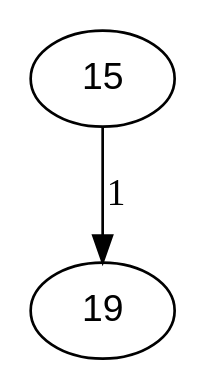
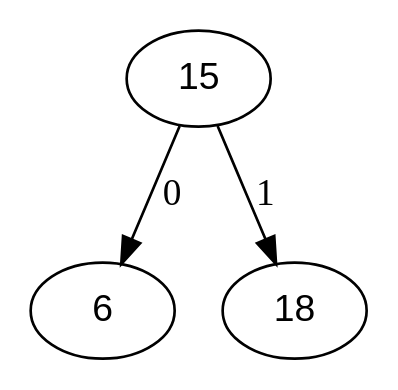
One commit to SergioMenaQuispe/visualizador changed the diagram in tree/tree.dot. Above: the diagram before and after it, drawn with Graphviz. The commit also changed 2 other files, not shown here.

```diff
--- a/tree/tree.dot
+++ b/tree/tree.dot
@@ -1,8 +1,11 @@
 digraph BST {
 	node [fontname="Arial"];
 	15
 
-	15 -> 19[label="1"]
-	19
+	15 -> 6[label="0"]
+	6
+
+	15 -> 18[label="1"]
+	18
 
 }
```
